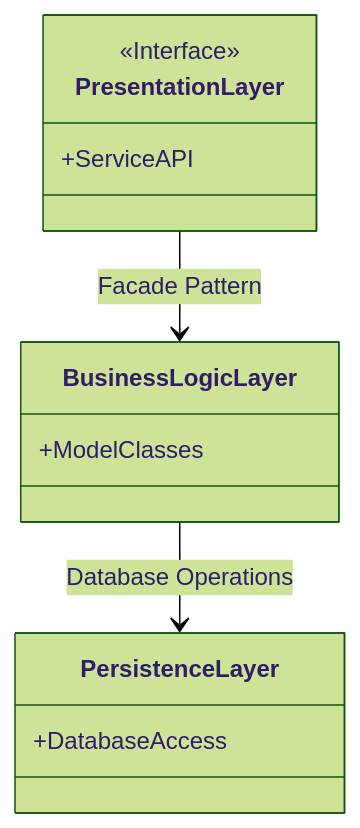
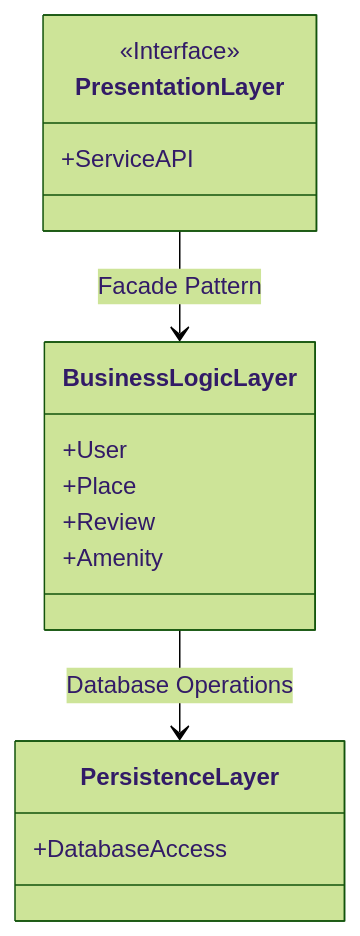
The first of 6 diagrams in part1/Task3/task3.md (S1even/holbertonschool-hbnb), drawn with Mermaid (forest theme) before and after one commit. The commit also changed other lines of this file, not shown here.

````diff
--- a/part1/Task3/task3.md
+++ b/part1/Task3/task3.md
@@ -8,16 +8,19 @@
 ```mermaid
 classDiagram
 class PresentationLayer {
     <<Interface>>
     +ServiceAPI
 }
 class BusinessLogicLayer {
-    +ModelClasses
+    +User
+    +Place
+    +Review
+    +Amenity
 }
 class PersistenceLayer {
     +DatabaseAccess
 }
 PresentationLayer --> BusinessLogicLayer : Facade Pattern
 BusinessLogicLayer --> PersistenceLayer : Database Operations
 
 ```
````
